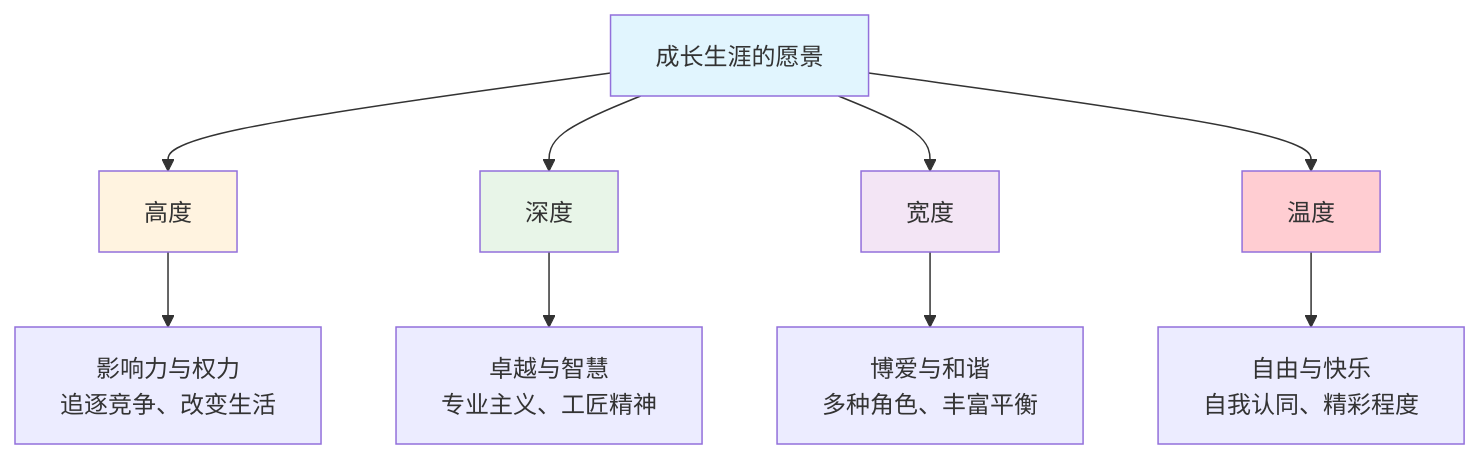
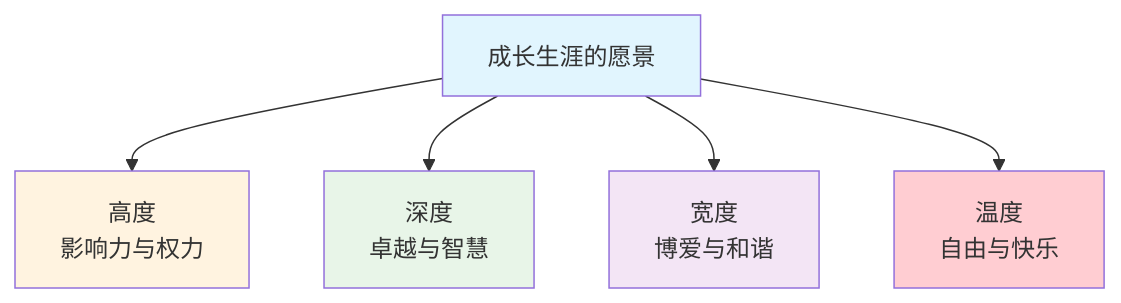
Before and after one commit to chongyang211/YCBookBlog: the diagram in packages/website/13.书籍/04.自我精进·学习/02.认知觉醒/02.需求层次的模型.md, drawn with Mermaid. The commit also changed other lines of this file and 83 other files, not shown here.

````diff
--- a/packages/website/13.书籍/04.自我精进·学习/02.认知觉醒/02.需求层次的模型.md
+++ b/packages/website/13.书籍/04.自我精进·学习/02.认知觉醒/02.需求层次的模型.md
@@ -195,18 +116,12 @@
 ```mermaid
 graph TD
-    A[成长生涯的愿景] --> B[高度]
-    A --> C[深度]
-    A --> D[宽度]
-    A --> E[温度]
-    
-    B --> B1[影响力与权力<br/>追逐竞争、改变生活]
-    C --> C1[卓越与智慧<br/>专业主义、工匠精神]
-    D --> D1[博爱与和谐<br/>多种角色、丰富平衡]
-    E --> E1[自由与快乐<br/>自我认同、精彩程度]
-    
+    A[成长生涯的愿景] --> B[高度<br/>影响力与权力]
+    A --> C[深度<br/>卓越与智慧]
+    A --> D[宽度<br/>博爱与和谐]
+    A --> E[温度<br/>自由与快乐]
     style A fill:#e1f5fe
     style B fill:#fff3e0
     style C fill:#e8f5e8
     style D fill:#f3e5f5
     style E fill:#ffcdd2
 ```
````
